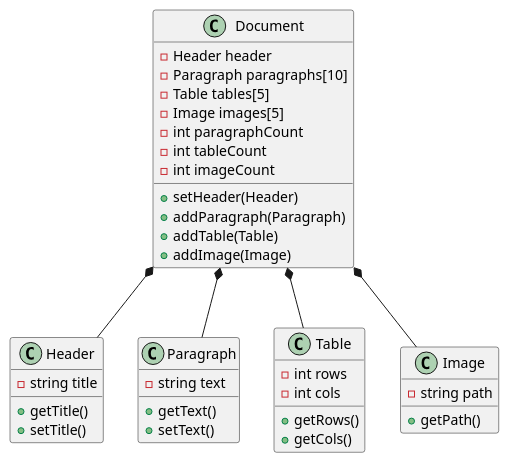
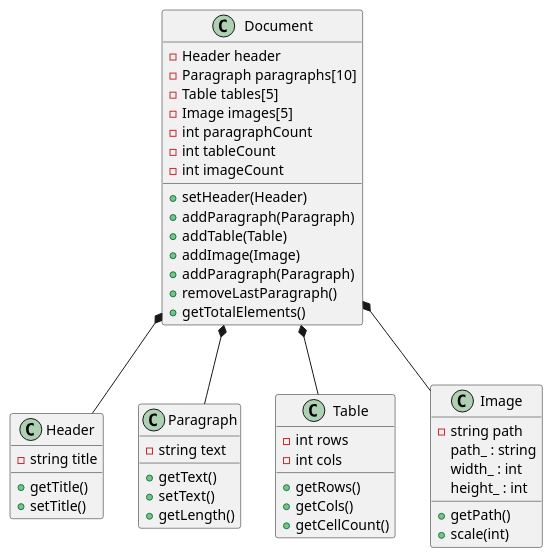
The diagram in lab06/uml/Diagram.puml (Illya-P-rgb/programming-part-2), drawn with PlantUML before and after one commit. The commit also changed 9 other files, not shown here.

```diff
--- a/lab06/uml/Diagram.puml
+++ b/lab06/uml/Diagram.puml
@@ -1,47 +1,56 @@
 @startuml document_layout
 
 class Document {
     - Header header
     - Paragraph paragraphs[10]
     - Table tables[5]
     - Image images[5]
     - int paragraphCount
     - int tableCount
     - int imageCount
     + setHeader(Header)
     + addParagraph(Paragraph)
     + addTable(Table)
     + addImage(Image)
+    + addParagraph(Paragraph)
+    + removeLastParagraph()
+    + getTotalElements()
 }
 
 class Header {
     - string title
     + getTitle()
     + setTitle()
 }
 
 class Paragraph {
     - string text
     + getText()
     + setText()
+    + getLength()
 }
 
 class Table {
     - int rows
     - int cols
     + getRows()
     + getCols()
+    + getCellCount()
 }
 
 class Image {
     - string path
     + getPath()
+    path_ : string
+    width_ : int
+    height_ : int
+    + scale(int)
 }
 
 ' Composition relationships
 Document *-- Header
 Document *-- Paragraph
 Document *-- Table
 Document *-- Image
 
 @enduml
```
